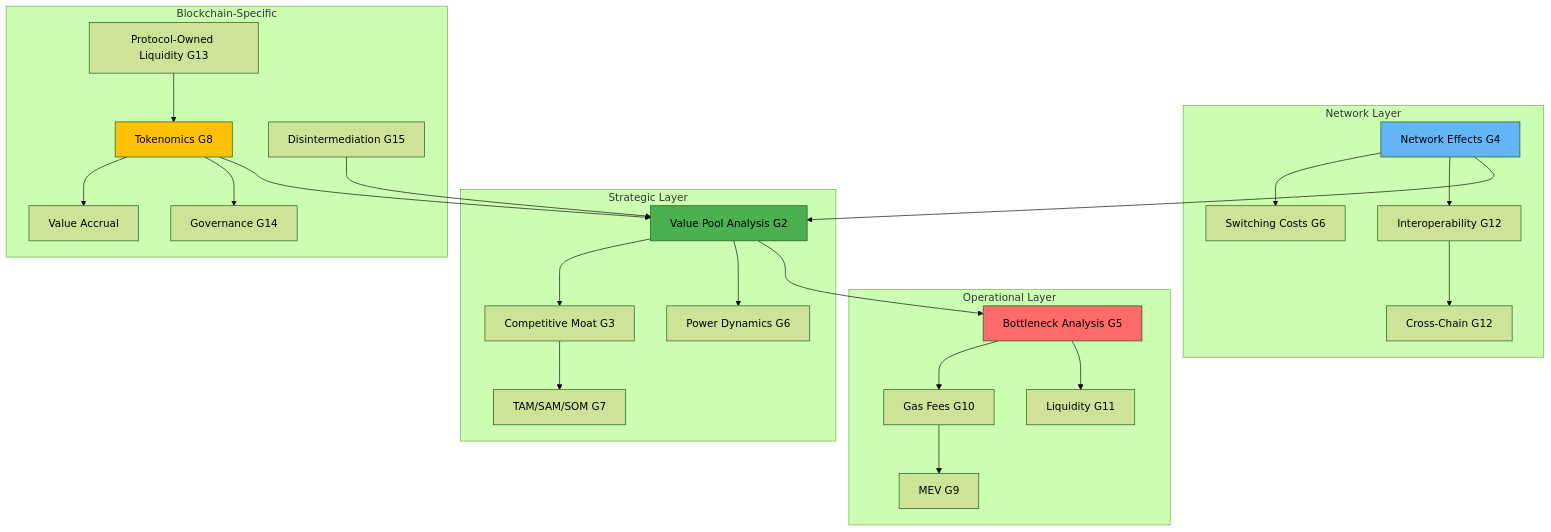
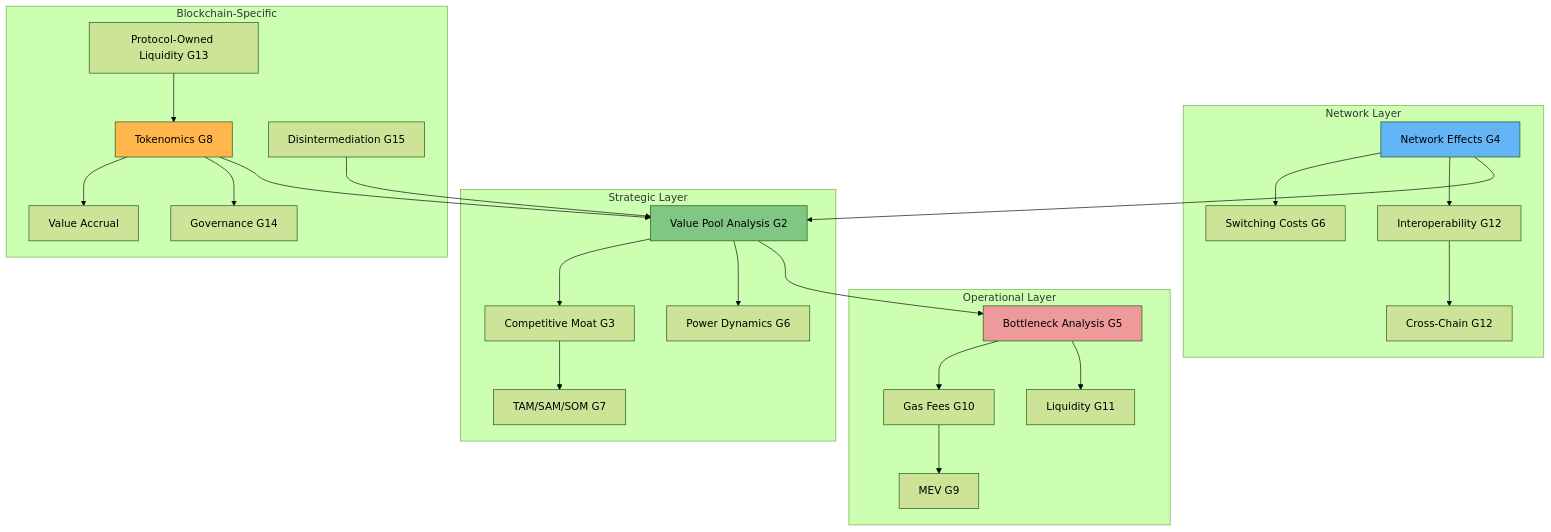
The ninth of 11 diagrams in Industry/Blockchain/Blockchain/ValueChain/QA_Perplexity.md (ljg-cqu/knowledge), drawn with Mermaid (forest theme) before and after one commit. The commit also changed other lines of this file and 6 other files, not shown here.

````diff
--- a/Industry/Blockchain/Blockchain/ValueChain/QA_Perplexity.md
+++ b/Industry/Blockchain/Blockchain/ValueChain/QA_Perplexity.md
@@ -701,36 +701,36 @@
 ```mermaid
 graph TB
     subgraph "Strategic Layer"
     S1[Value Pool Analysis G2] --> S2[Competitive Moat G3]
     S2 --> S3[TAM/SAM/SOM G7]
     S1 --> S4[Power Dynamics G6]
     end
     
     subgraph "Operational Layer"
     O1[Bottleneck Analysis G5] --> O2[Gas Fees G10]
     O1 --> O3[Liquidity G11]
     O2 --> O4[MEV G9]
     end
     
     subgraph "Network Layer"
     N1[Network Effects G4] --> N2[Switching Costs G6]
     N1 --> N3[Interoperability G12]
     N3 --> N4[Cross-Chain G12]
     end
     
     subgraph "Blockchain-Specific"
     B1[Tokenomics G8] --> B2[Value Accrual]
     B1 --> B3[Governance G14]
     B4[Protocol-Owned Liquidity G13] --> B1
     B5[Disintermediation G15] --> S1
     end
     
     S1 --> O1
     N1 --> S1
     B1 --> S1
     
-    style S1 fill:#4CAF50
+    style S1 fill:#81C784
     style N1 fill:#64B5F6
-    style B1 fill:#FFC107
-    style O1 fill:#FF6B6B
+    style B1 fill:#FFB74D
+    style O1 fill:#EF9A9A
 ```
````
